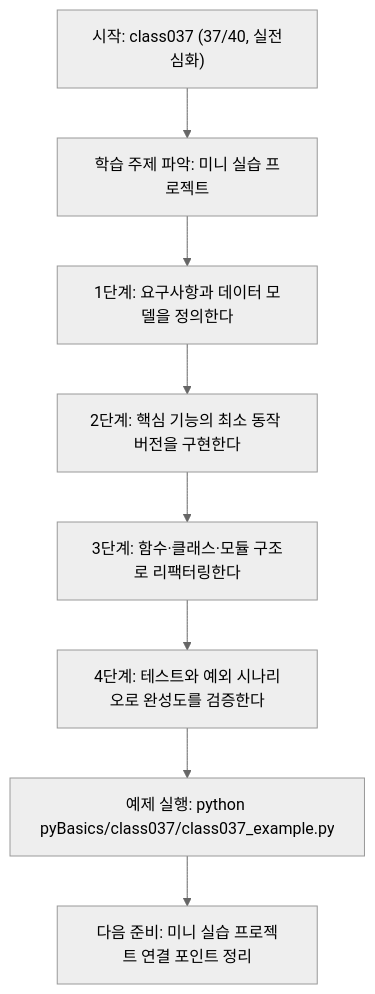
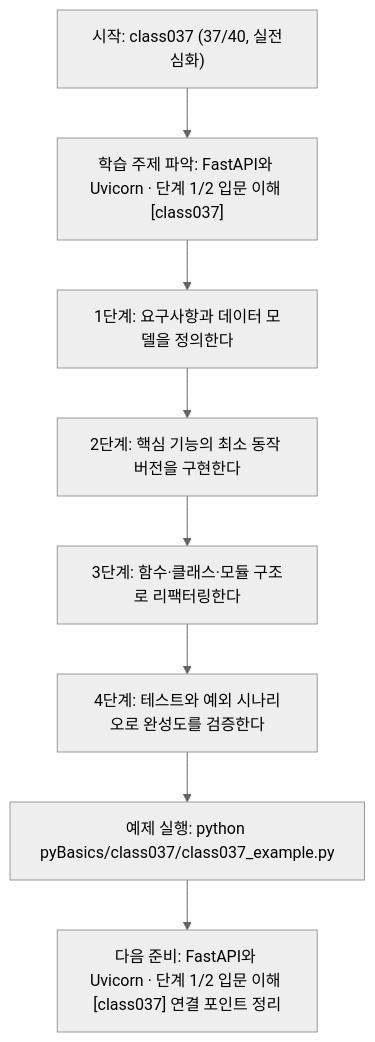
One commit to edumgt/Python-AI_Agent-Class changed the diagram in pyBasics/class037/class037.md. Above: the diagram before and after it, drawn with Mermaid (neutral theme). The commit also changed other lines of this file and 522 other files, not shown here.

````diff
--- a/pyBasics/class037/class037.md
+++ b/pyBasics/class037/class037.md
@@ -109,18 +108,18 @@
 ```mermaid
 flowchart TD
 N1["시작: class037 (37/40, 실전심화)"]
-N2["학습 주제 파악: 미니 실습 프로젝트"]
+N2["학습 주제 파악: FastAPI와 Uvicorn · 단계 1/2 입문 이해 [class037]"]
 N3["1단계: 요구사항과 데이터 모델을 정의한다"]
 N4["2단계: 핵심 기능의 최소 동작 버전을 구현한다"]
 N5["3단계: 함수·클래스·모듈 구조로 리팩터링한다"]
 N6["4단계: 테스트와 예외 시나리오로 완성도를 검증한다"]
 N7["예제 실행: python pyBasics/class037/class037_example.py"]
-N8["다음 준비: 미니 실습 프로젝트 연결 포인트 정리"]
+N8["다음 준비: FastAPI와 Uvicorn · 단계 1/2 입문 이해 [class037] 연결 포인트 정리"]
 N1 --> N2
 N2 --> N3
 N3 --> N4
 N4 --> N5
 N5 --> N6
 N6 --> N7
 N7 --> N8
 ```
````
